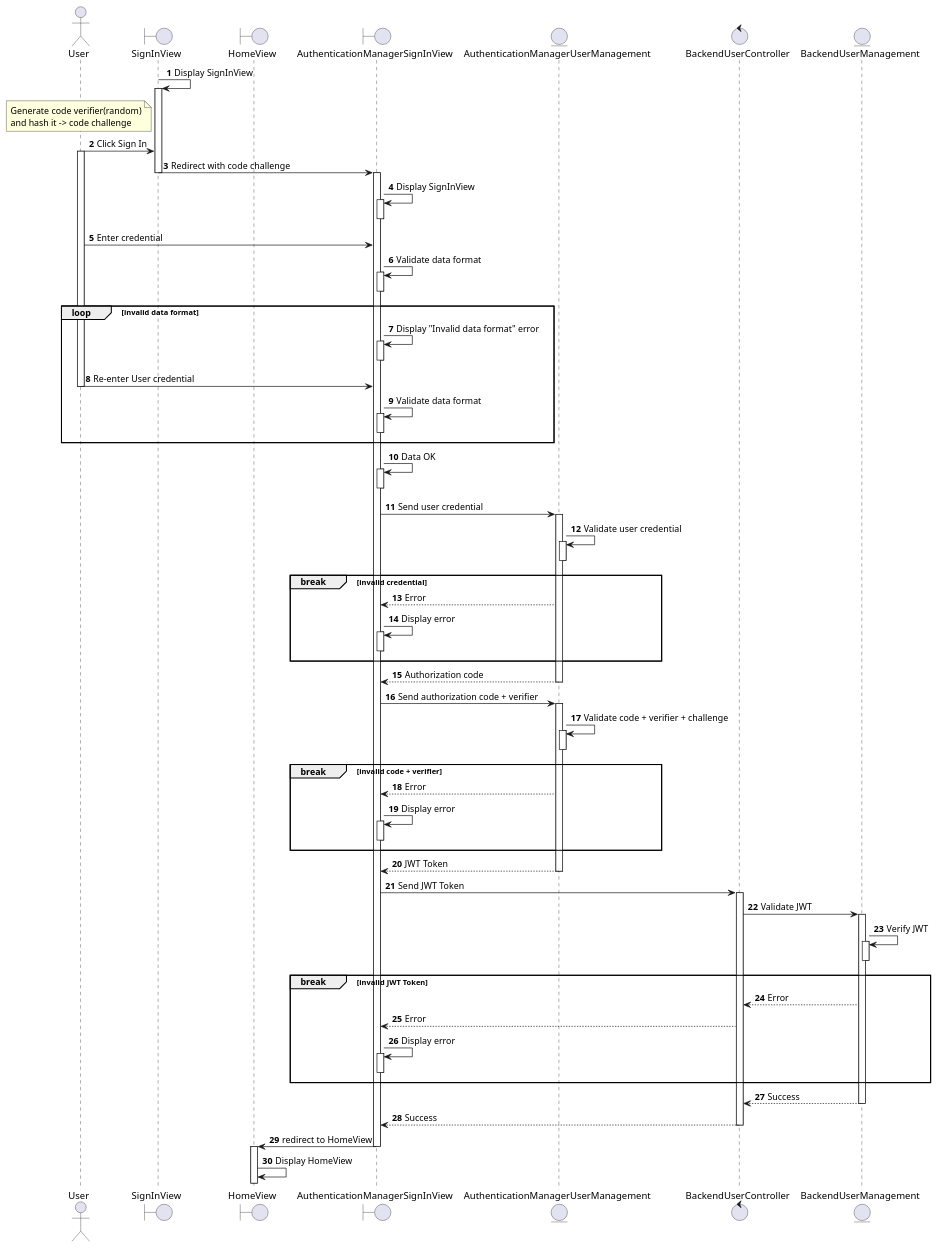
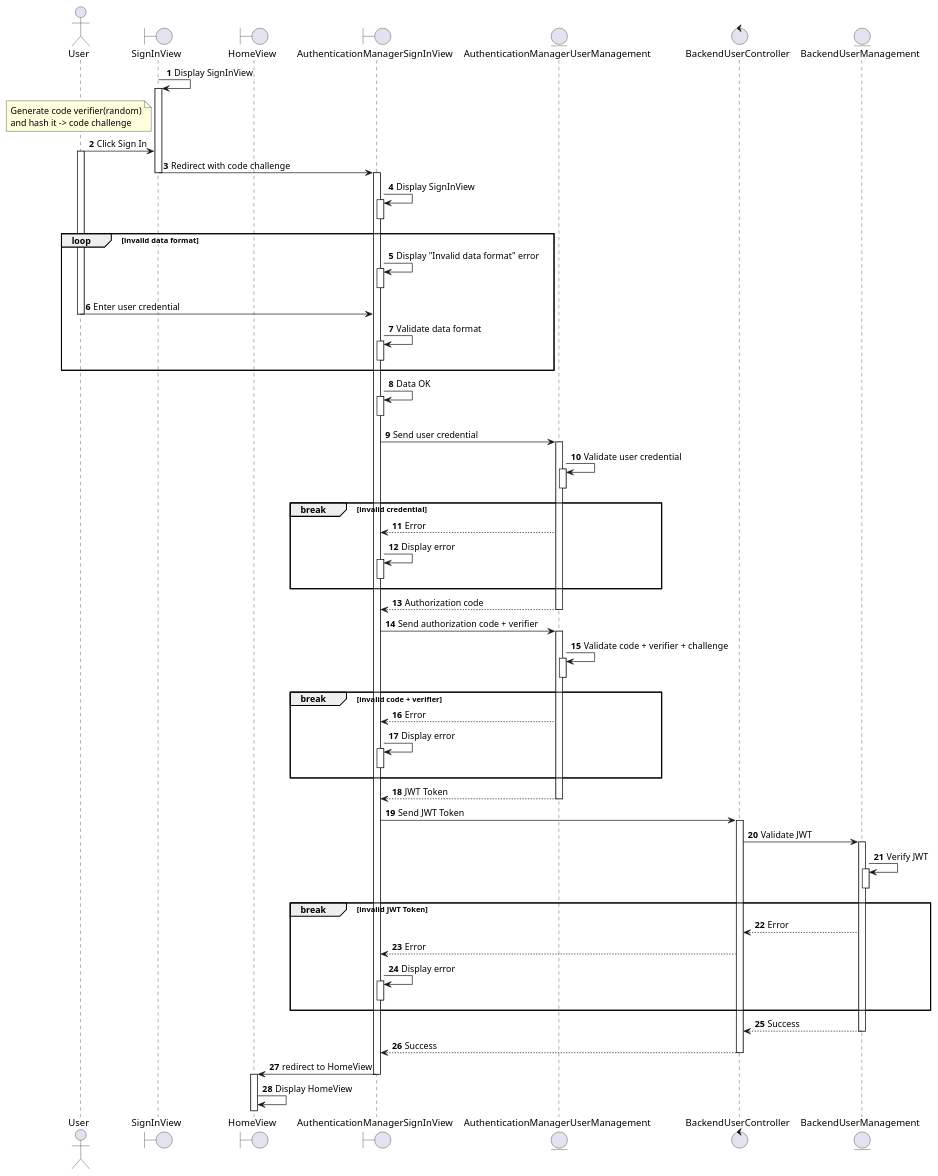
One commit to electricilies/electricilies.github.io changed the diagram in docs/docs/sequence/auth/sign-in.md. Above: the diagram before and after it, drawn with PlantUML. The commit also changed 1 other file, not shown here.

Commit message:
fix(sign-up,sign-in): hehe boiz

```diff
--- a/docs/docs/sequence/auth/sign-in.md
+++ b/docs/docs/sequence/auth/sign-in.md
@@ -24,16 +24,12 @@
 AMSIV -> AMSIV: Display SignInView
 activate AMSIV
 deactivate AMSIV
-U -> AMSIV : Enter credential
 
-AMSIV -> AMSIV: Validate data format
-activate AMSIV
-deactivate AMSIV
 loop invalid data format
   AMSIV -> AMSIV: Display "Invalid data format" error
   activate AMSIV
   deactivate AMSIV
-  U -> AMSIV: Re-enter User credential
+  U -> AMSIV: Enter user credential
   deactivate U
   AMSIV -> AMSIV: Validate data format
   activate AMSIV
```
